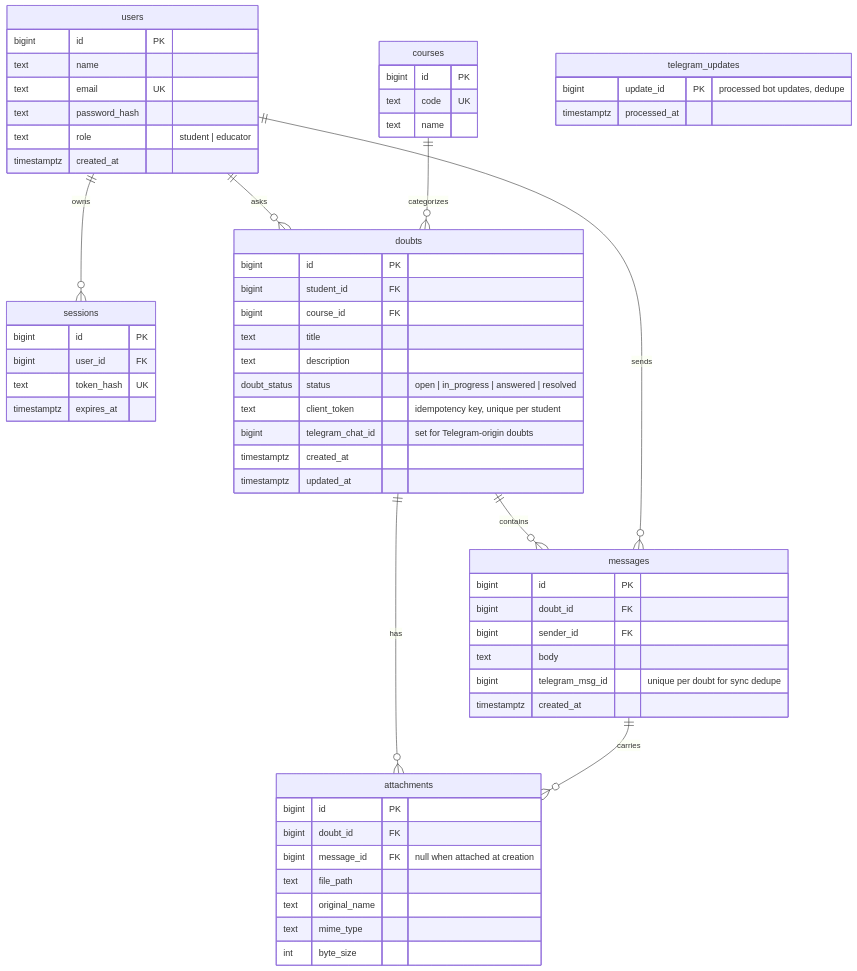
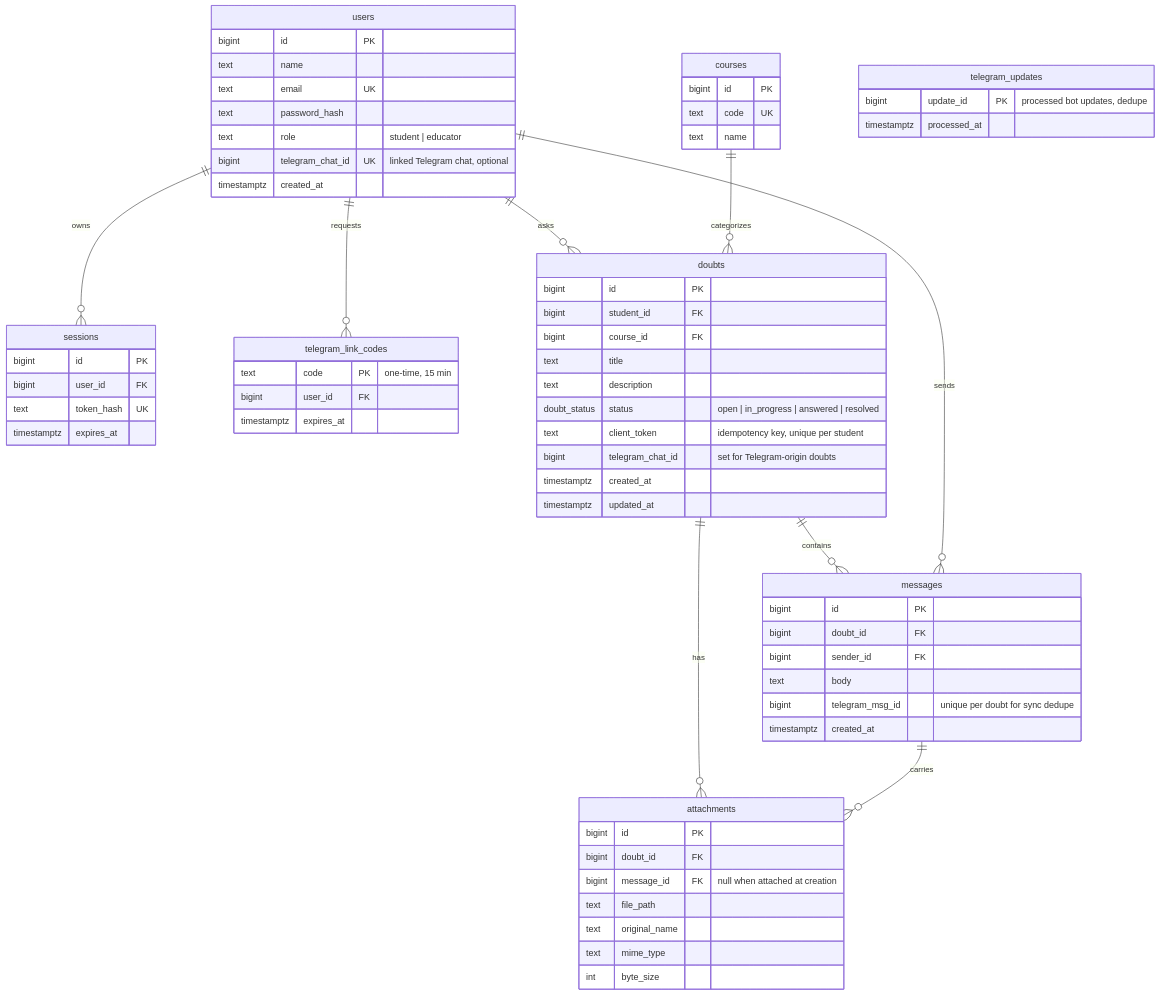
The diagram in docs/SCHEMA.md (vanshwadhwa24/doubt-solving-portal), drawn with Mermaid before and after one commit. The commit also changed other lines of this file and 4 other files, not shown here.

Commit message:
Docs: Telegram setup, API, schema and assumptions

````diff
--- a/docs/SCHEMA.md
+++ b/docs/SCHEMA.md
@@ -7,63 +7,70 @@
 ```mermaid
 erDiagram
     users ||--o{ sessions : owns
+    users ||--o{ telegram_link_codes : requests
     users ||--o{ doubts : asks
     courses ||--o{ doubts : categorizes
     doubts ||--o{ messages : contains
     users ||--o{ messages : sends
     doubts ||--o{ attachments : has
     messages ||--o{ attachments : carries
 
     users {
         bigint id PK
         text name
         text email UK
         text password_hash
         text role "student | educator"
+        bigint telegram_chat_id UK "linked Telegram chat, optional"
         timestamptz created_at
     }
     courses {
         bigint id PK
         text code UK
         text name
     }
     sessions {
         bigint id PK
         bigint user_id FK
         text token_hash UK
         timestamptz expires_at
     }
     doubts {
         bigint id PK
         bigint student_id FK
         bigint course_id FK
         text title
         text description
         doubt_status status "open | in_progress | answered | resolved"
         text client_token "idempotency key, unique per student"
         bigint telegram_chat_id "set for Telegram-origin doubts"
         timestamptz created_at
         timestamptz updated_at
     }
     messages {
         bigint id PK
         bigint doubt_id FK
         bigint sender_id FK
         text body
         bigint telegram_msg_id "unique per doubt for sync dedupe"
         timestamptz created_at
     }
     attachments {
         bigint id PK
         bigint doubt_id FK
         bigint message_id FK "null when attached at creation"
         text file_path
         text original_name
         text mime_type
         int byte_size
     }
+    telegram_link_codes {
+        text code PK "one-time, 15 min"
+        bigint user_id FK
+        timestamptz expires_at
+    }
     telegram_updates {
         bigint update_id PK "processed bot updates, dedupe"
         timestamptz processed_at
     }
 ```
````
